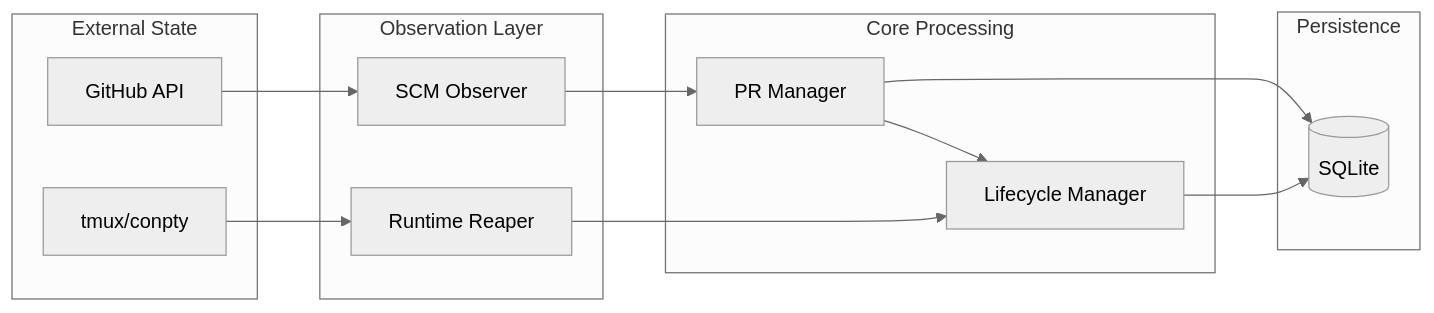
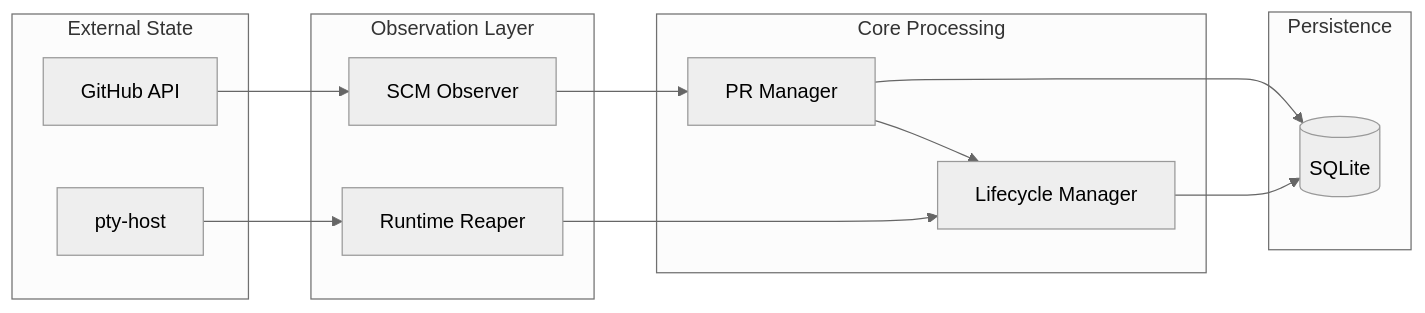
One commit to OmarAly92/Operator changed diagram 20 of 24 in docs/architecture.md. Above: the diagram before and after it, drawn with Mermaid (neutral theme). The commit also changed other lines of this file and 64 other files, not shown here.

First line of the commit message:
feat(runtime)!: replace tmux with the pty-host on every platform

````diff
--- a/docs/architecture.md
+++ b/docs/architecture.md
@@ -772,32 +772,32 @@
 ```mermaid
 flowchart LR
     subgraph External["External State"]
         GitHub[GitHub API]
-        Runtimes[tmux/conpty]
+        Runtimes[pty-host]
     end
 
     subgraph Observers["Observation Layer"]
         SCM[SCM Observer]
         Reaper[Runtime Reaper]
     end
 
     subgraph Core["Core Processing"]
         LCM[Lifecycle Manager]
         PRMgr[PR Manager]
     end
 
     subgraph Storage["Persistence"]
         SQLite[(SQLite)]
     end
 
     GitHub --> SCM
     Runtimes --> Reaper
 
     SCM --> PRMgr
     PRMgr --> SQLite
     PRMgr --> LCM
 
     Reaper --> LCM
     LCM --> SQLite
 
 ```
````
